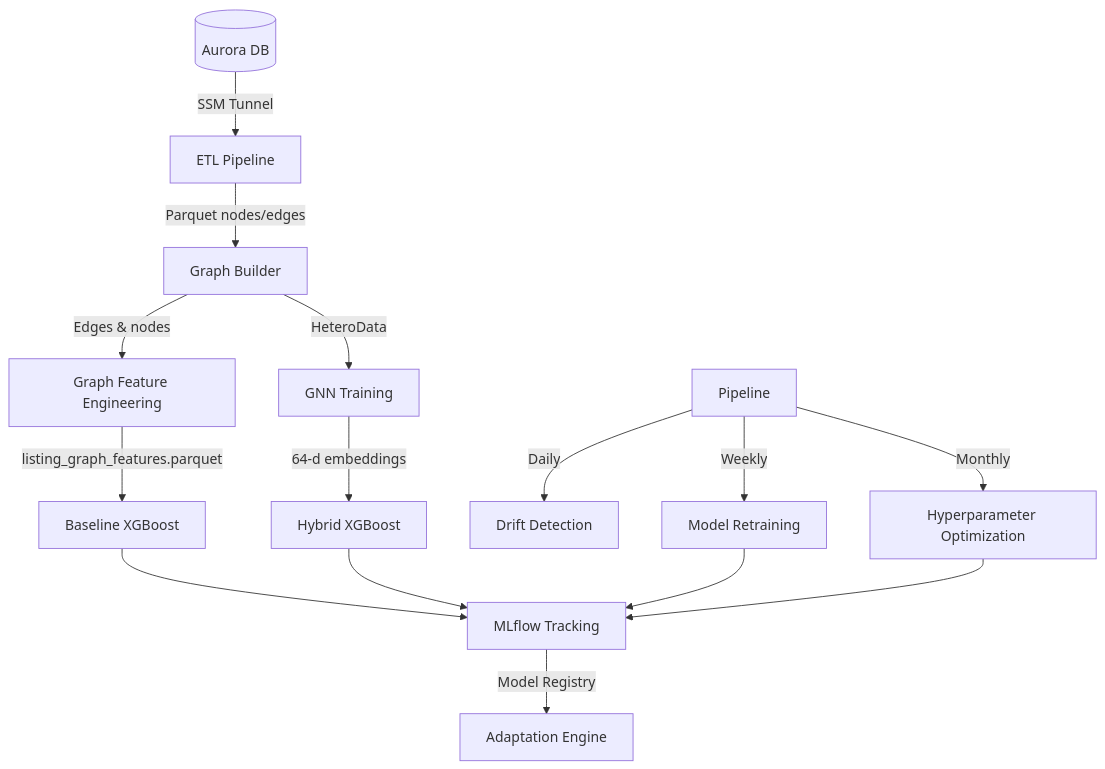
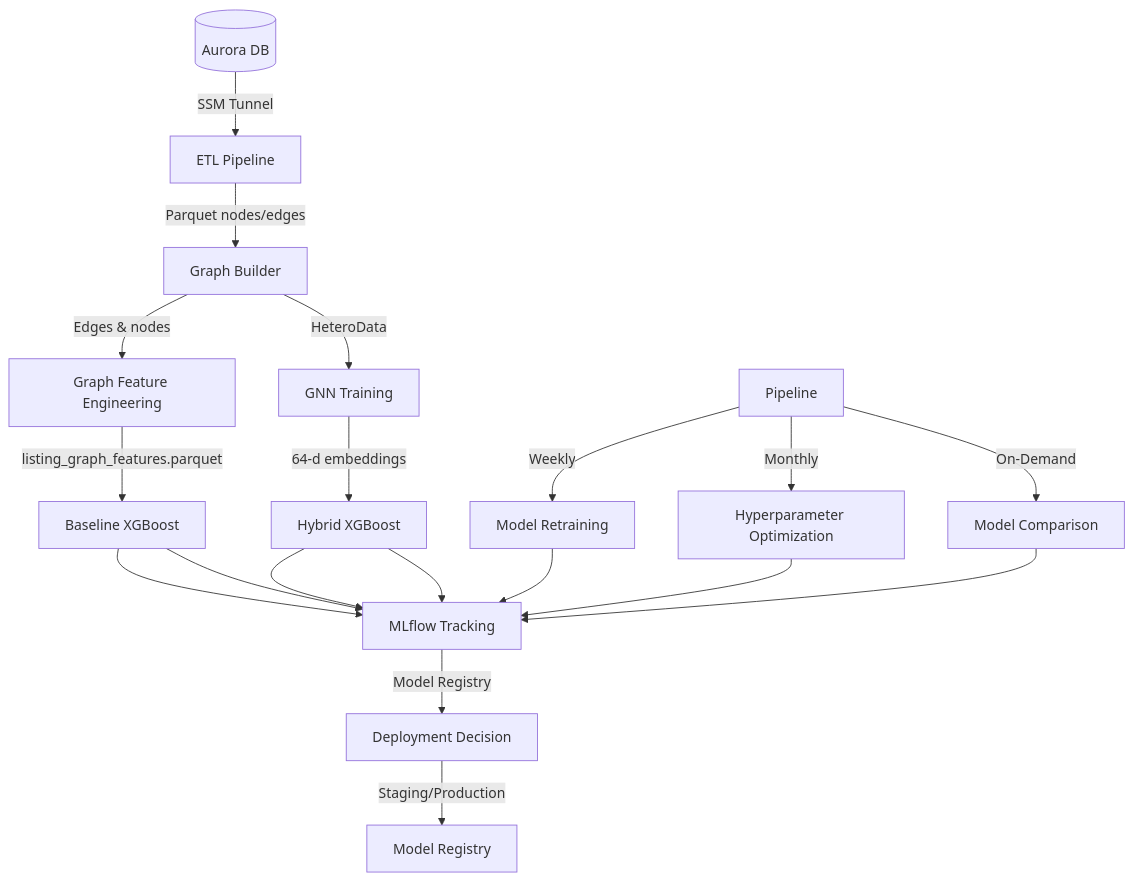
Before and after one commit to dylanngn/ppa-fraud-notebook: the first of 4 diagrams in docs/architecture_overview.md, drawn with Mermaid. The commit also changed other lines of this file and 11 other files, not shown here.

Commit message:
refactor adaptation engine

````diff
--- a/docs/architecture_overview.md
+++ b/docs/architecture_overview.md
@@ -7,23 +7,28 @@
 ```mermaid
 flowchart TB
     DB[(Aurora DB)] -->|SSM Tunnel| ETL[ETL Pipeline]
     ETL -->|Parquet nodes/edges| Graph[Graph Builder]
 
     Graph -->|Edges & nodes| GF[Graph Feature Engineering]
     GF -->|listing_graph_features.parquet| XGB_Base[Baseline XGBoost]
 
     Graph -->|HeteroData| GNN[GNN Training]
     GNN -->|64-d embeddings| XGB_Hybrid[Hybrid XGBoost]
 
     XGB_Base --> MLflow[MLflow Tracking]
     XGB_Hybrid --> MLflow
     
-    MLflow -->|Model Registry| Adapt[Adaptation Engine]
+    XGB_Base --> MLflow[MLflow Tracking]
+    XGB_Hybrid --> MLflow
     
-    Pipeline -->|Daily| Drift[Drift Detection]
+    MLflow -->|Model Registry| Deploy[Deployment Decision]
+    
     Pipeline -->|Weekly| Retrain[Model Retraining]
     Pipeline -->|Monthly| Hyperopt[Hyperparameter Optimization]
+    Pipeline -->|On-Demand| Compare[Model Comparison]
     
     Retrain --> MLflow
     Hyperopt --> MLflow
+    Compare --> MLflow
+    Deploy -->|Staging/Production| Registry[Model Registry]
 ```
````
